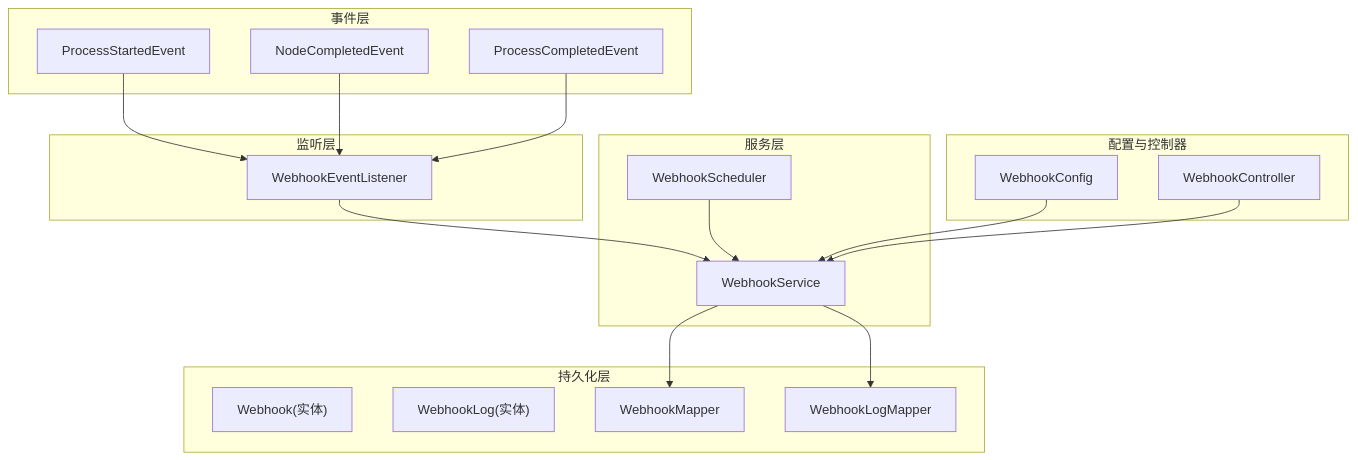
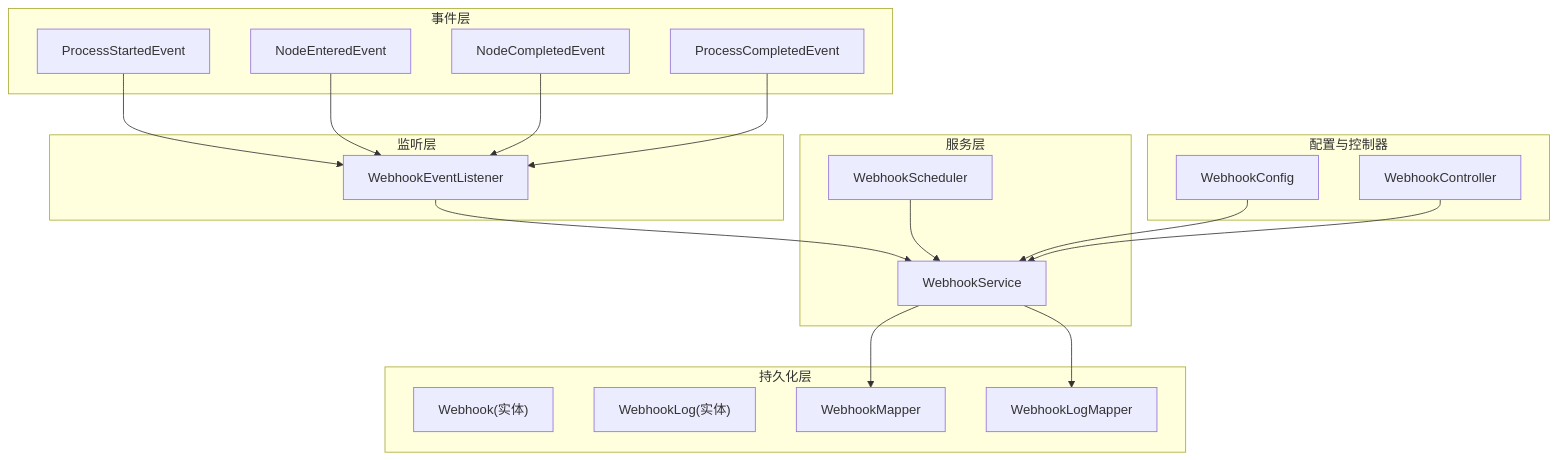
Before and after one commit to liming-lihaini/workflow: the first of 7 diagrams in .qoder/repowiki/zh/content/系统架构设计/事件驱动机制.md, drawn with Mermaid. The commit also changed other lines of this file and 49 other files, not shown here.

````diff
--- a/.qoder/repowiki/zh/content/系统架构设计/事件驱动机制.md
+++ b/.qoder/repowiki/zh/content/系统架构设计/事件驱动机制.md
@@ -53,34 +61,36 @@
 ```mermaid
 graph TB
 subgraph "事件层"
 E1["ProcessStartedEvent"]
-E2["NodeCompletedEvent"]
-E3["ProcessCompletedEvent"]
+E2["NodeEnteredEvent"]
+E3["NodeCompletedEvent"]
+E4["ProcessCompletedEvent"]
 end
 subgraph "监听层"
 L1["WebhookEventListener"]
 end
 subgraph "服务层"
 S1["WebhookService"]
 S2["WebhookScheduler"]
 end
 subgraph "持久化层"
 D1["Webhook(实体)"]
 D2["WebhookLog(实体)"]
 M1["WebhookMapper"]
 M2["WebhookLogMapper"]
 end
 subgraph "配置与控制器"
 C1["WebhookConfig"]
 C2["WebhookController"]
 end
 E1 --> L1
 E2 --> L1
 E3 --> L1
+E4 --> L1
 L1 --> S1
 S1 --> M1
 S1 --> M2
 S2 --> S1
 C1 --> S1
 C2 --> S1
 ```
````
